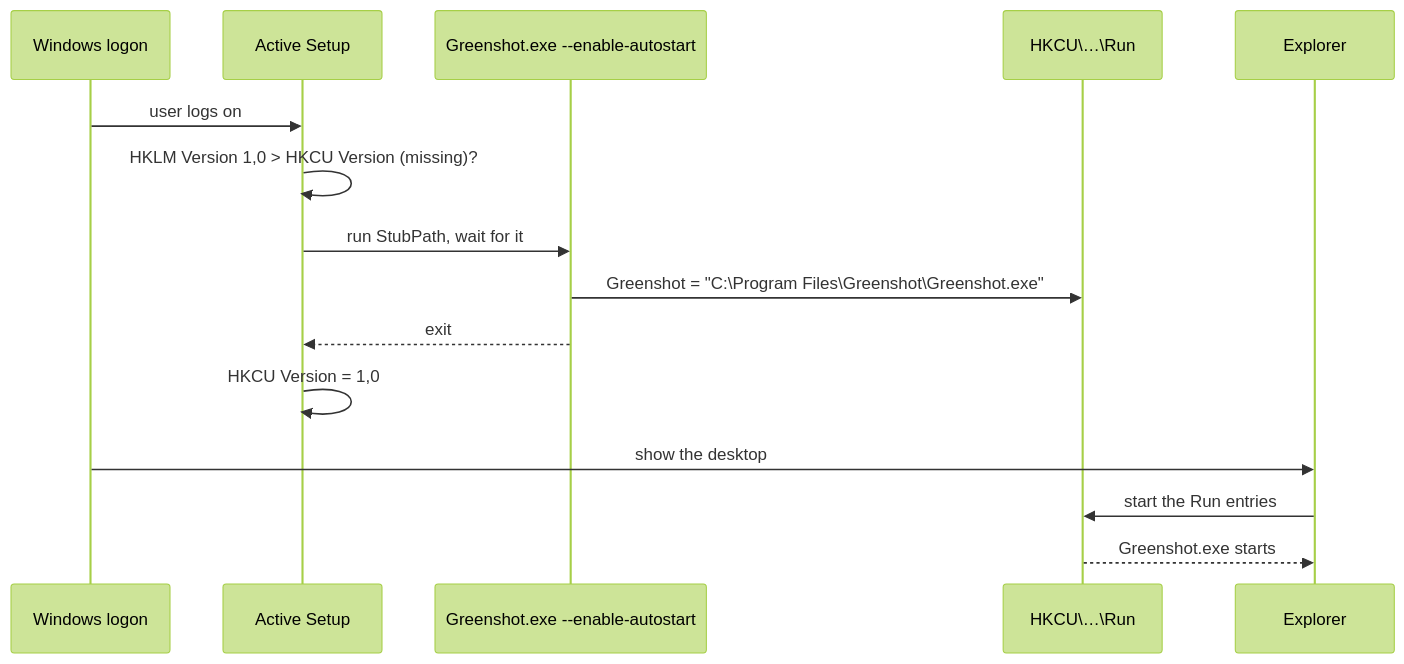
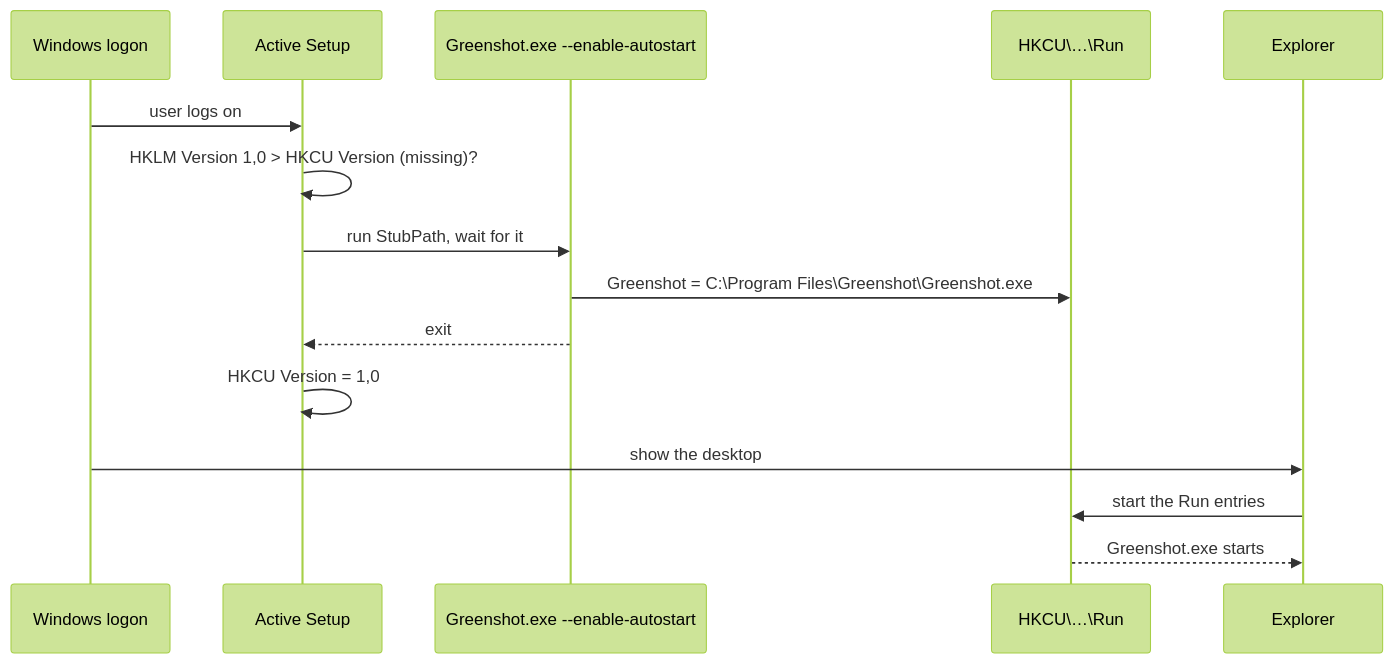
Before and after one commit to greenshot/greenshot: the third of 5 diagrams in docs/autostart.md, drawn with Mermaid (forest theme).

Commit message:
No quotes in the sequence diagram either

````diff
--- a/docs/autostart.md
+++ b/docs/autostart.md
@@ -73,17 +73,17 @@
 ```mermaid
 sequenceDiagram
     participant W as Windows logon
     participant AS as Active Setup
     participant G as Greenshot.exe --enable-autostart
     participant R as HKCU\…\Run
     participant E as Explorer
     W->>AS: user logs on
     AS->>AS: HKLM Version 1,0 > HKCU Version (missing)?
     AS->>G: run StubPath, wait for it
-    G->>R: Greenshot = "C:\Program Files\Greenshot\Greenshot.exe"
+    G->>R: Greenshot = C:\Program Files\Greenshot\Greenshot.exe
     G-->>AS: exit
     AS->>AS: HKCU Version = 1,0
     W->>E: show the desktop
     E->>R: start the Run entries
     R-->>E: Greenshot.exe starts
 ```
````
